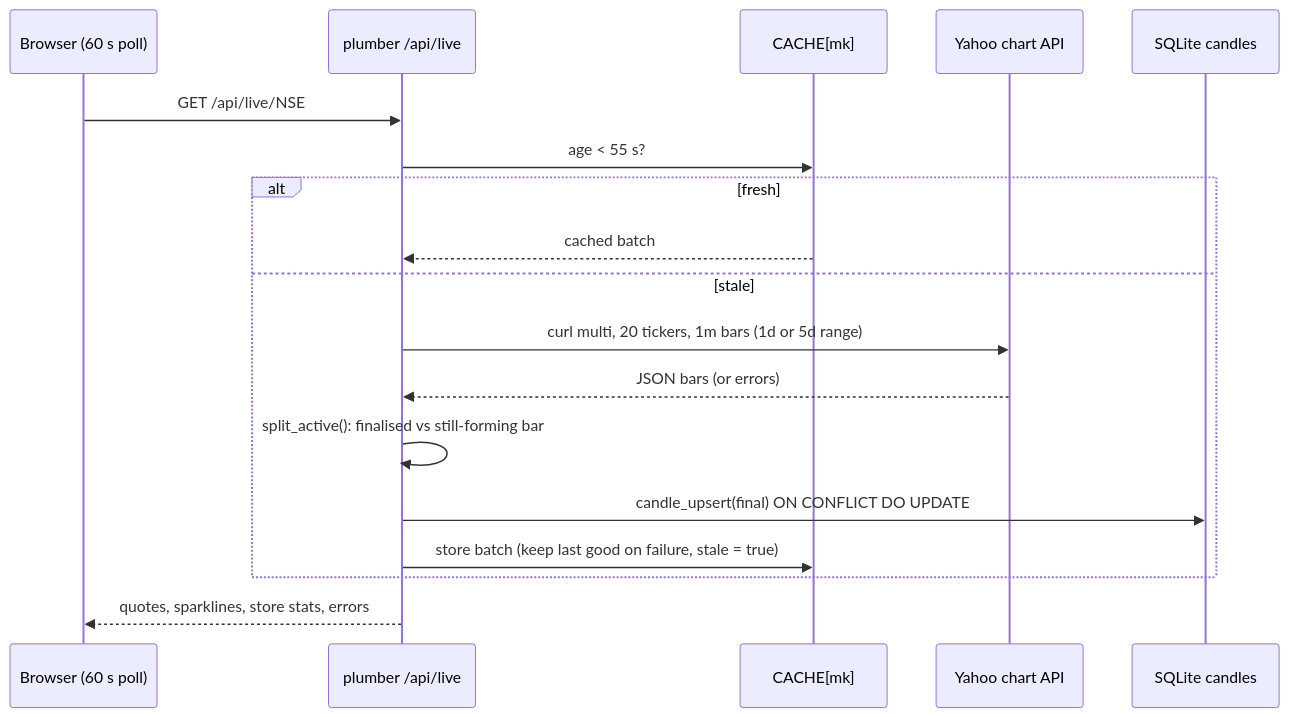
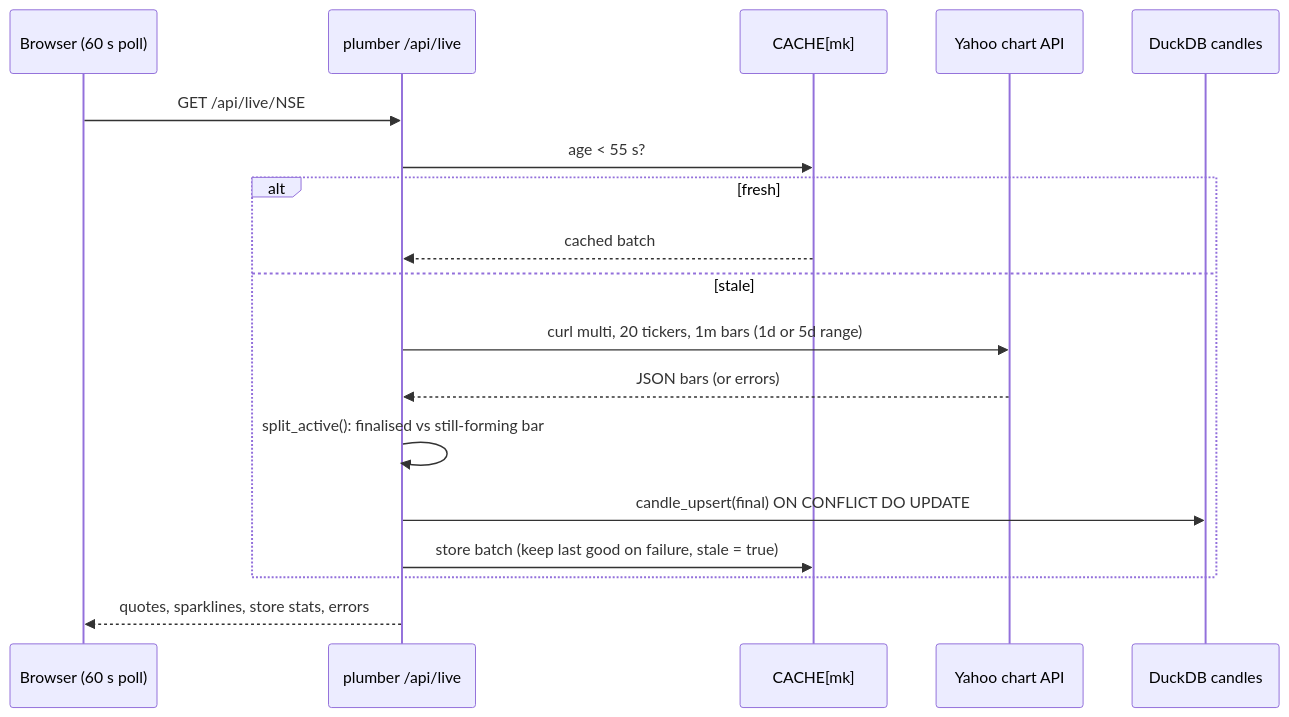
The second of 2 diagrams in docs/design/DESIGN.md (Nabisahebshaik/Q-Stock), drawn with Mermaid before and after one commit. The commit also changed other lines of this file and 23 other files, not shown here.

First line of the commit message:
Live candle store on DuckDB + Parquet; charts read the store; daily prices cached as Parquet

````diff
--- a/docs/design/DESIGN.md
+++ b/docs/design/DESIGN.md
@@ -111,20 +111,20 @@
 ```mermaid
 sequenceDiagram
   participant UI as Browser (60 s poll)
   participant API as plumber /api/live
   participant C as CACHE[mk]
   participant Y as Yahoo chart API
-  participant S as SQLite candles
+  participant S as DuckDB candles
   UI->>API: GET /api/live/NSE
   API->>C: age < 55 s?
   alt fresh
     C-->>API: cached batch
   else stale
     API->>Y: curl multi, 20 tickers, 1m bars (1d or 5d range)
     Y-->>API: JSON bars (or errors)
     API->>API: split_active(): finalised vs still-forming bar
     API->>S: candle_upsert(final) ON CONFLICT DO UPDATE
     API->>C: store batch (keep last good on failure, stale = true)
   end
   API-->>UI: quotes, sparklines, store stats, errors
 ```
````
